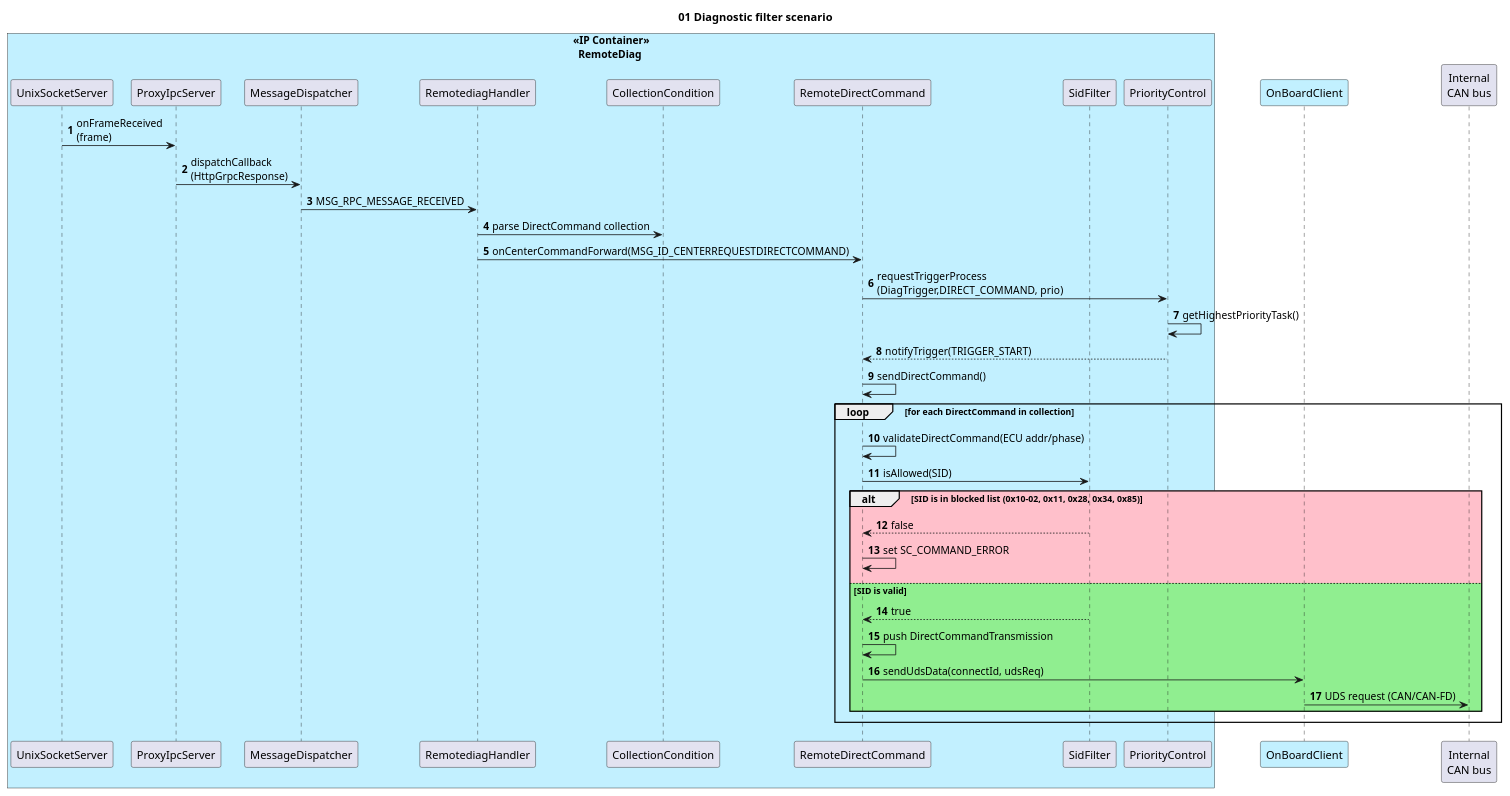
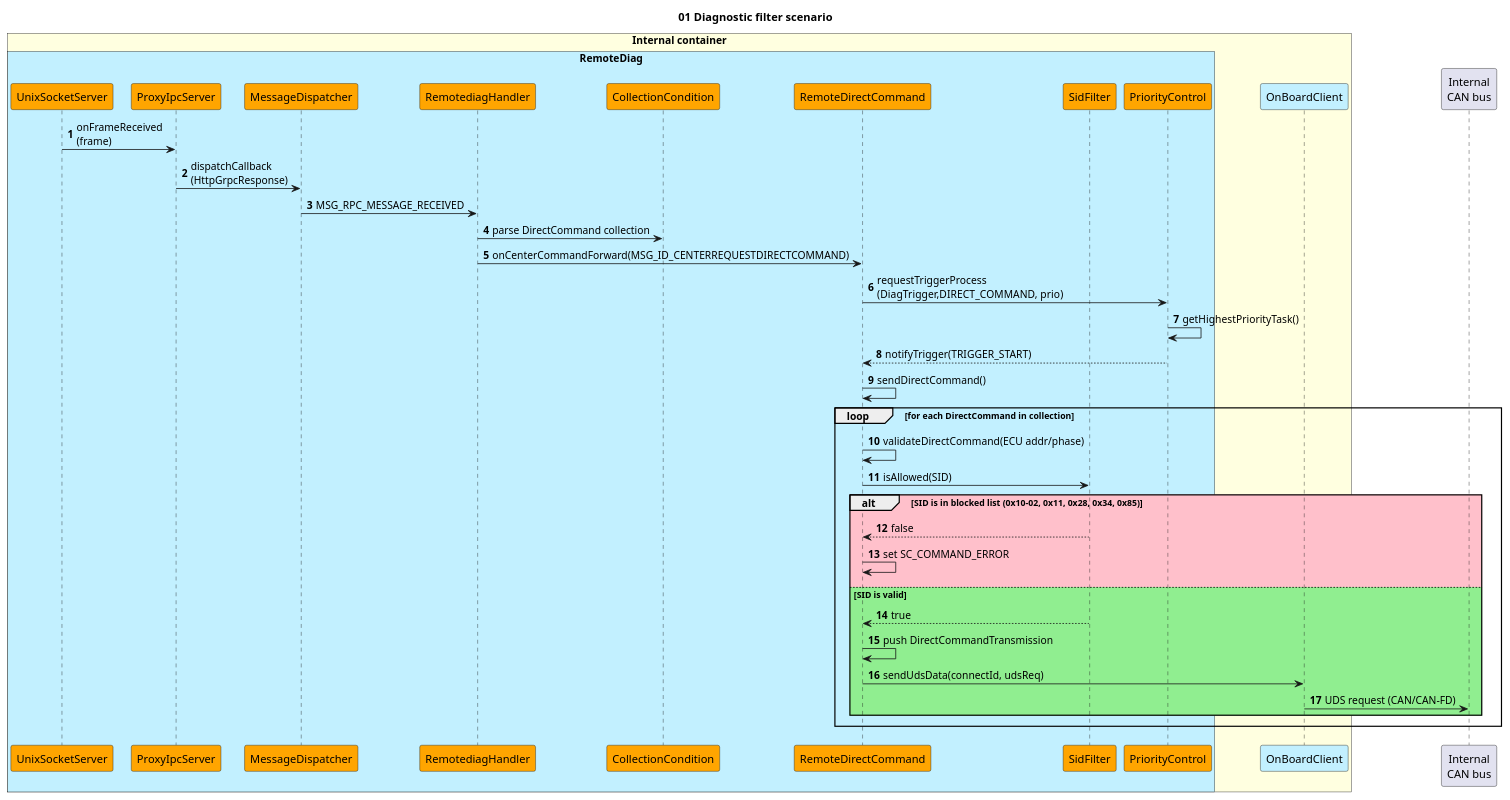
Before and after one commit to btqt/fe: the diagram in design/fe_code/Diagnostic filter scenario.puml, drawn with PlantUML. The commit also changed 9 other files, not shown here.

```diff
--- a/design/fe_code/Diagnostic filter scenario.puml
+++ b/design/fe_code/Diagnostic filter scenario.puml
@@ -1,50 +1,52 @@
 @startuml
 title 01 Diagnostic filter scenario
 
 !pragma teoz true
 
 autonumber
 
-box "<<IP Container>>\n  RemoteDiag" #application
-    participant "UnixSocketServer" as USS
-    participant "ProxyIpcServer" as PIS
-    participant "MessageDispatcher" as MDR
-    participant "RemotediagHandler" as RDG
-    participant "CollectionCondition" as COCO
-    participant "RemoteDirectCommand" as RDC
-    participant "SidFilter" as SID
-    participant "PriorityControl" as PRIO
+box "Internal container" #lightyellow
+    box "RemoteDiag" #application
+        participant "UnixSocketServer" as USS #Orange
+        participant "ProxyIpcServer" as PIS #Orange
+        participant "MessageDispatcher" as MDR #Orange
+        participant "RemotediagHandler" as RDG #Orange
+        participant "CollectionCondition" as COCO #Orange
+        participant "RemoteDirectCommand" as RDC #Orange
+        participant "SidFilter" as SID #Orange
+        participant "PriorityControl" as PRIO #Orange
+    end box
+
+    participant "OnBoardClient" as OBC #application
 end box
-
-participant "OnBoardClient" as OBC #application
 
 participant "Internal\nCAN bus" as CAN
 
 USS -> PIS : onFrameReceived\n(frame)
 PIS -> MDR : dispatchCallback\n(HttpGrpcResponse)
 MDR -> RDG : MSG_RPC_MESSAGE_RECEIVED
 RDG -> COCO : parse DirectCommand collection
 RDG -> RDC : onCenterCommandForward(MSG_ID_CENTERREQUESTDIRECTCOMMAND)
 
 ' == 3. Priority control + SID filter ==
 RDC -> PRIO : requestTriggerProcess\n(DiagTrigger,DIRECT_COMMAND, prio)
 PRIO -> PRIO : getHighestPriorityTask()
 PRIO --> RDC : notifyTrigger(TRIGGER_START)
 RDC -> RDC : sendDirectCommand()
 loop for each DirectCommand in collection
     RDC -> RDC : validateDirectCommand(ECU addr/phase)
     RDC -> SID : isAllowed(SID)
     alt #pink SID is in blocked list (0x10-02, 0x11, 0x28, 0x34, 0x85)
         SID --> RDC : false
         RDC -> RDC : set SC_COMMAND_ERROR
     else #lightgreen SID is valid
         SID --> RDC : true
         RDC -> RDC : push DirectCommandTransmission
         
         ' == 4. Transmit UDS xuống CAN ==
         RDC -> OBC : sendUdsData(connectId, udsReq)
 
         OBC -> CAN : UDS request (CAN/CAN-FD)
     end
 end
 @enduml
```
